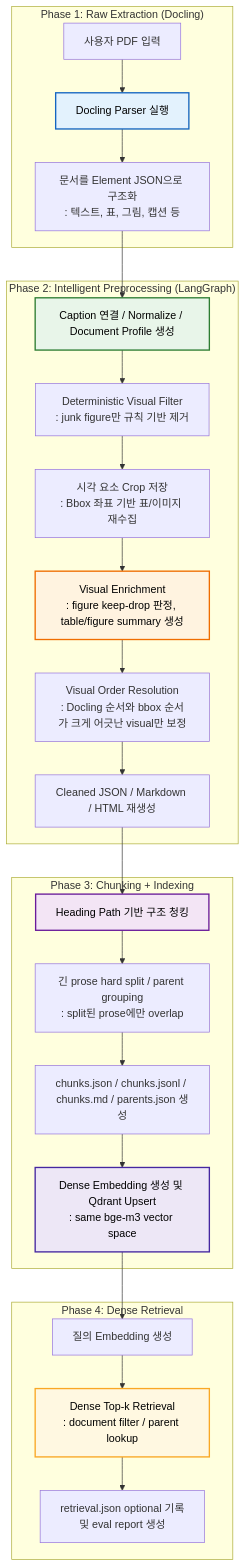
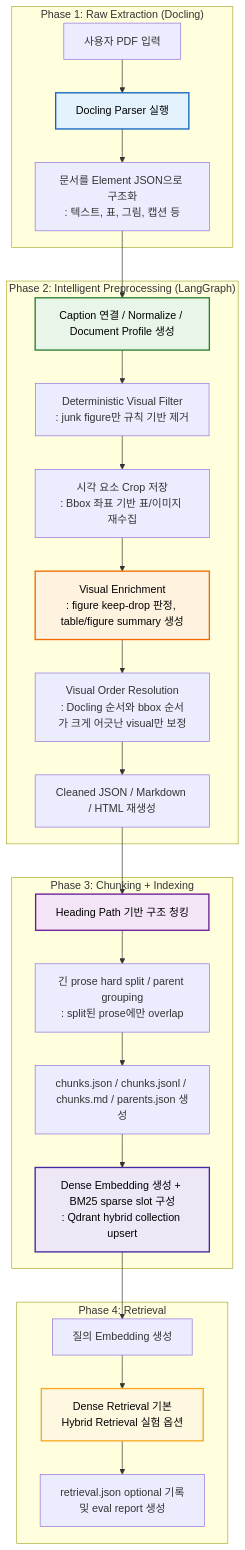
One commit to sonsukwoo/doc-chat-rag changed the diagram in README.md. Above: the diagram before and after it, drawn with Mermaid. The commit also changed other lines of this file and 13 other files, not shown here.

````diff
--- a/README.md
+++ b/README.md
@@ -54,36 +54,36 @@
 ```mermaid
 flowchart TD
     subgraph "Phase 1: Raw Extraction (Docling)"
         A[사용자 PDF 입력] --> B[Docling Parser 실행]
         B --> C[문서를 Element JSON으로 구조화\n: 텍스트, 표, 그림, 캡션 등]
     end
 
     subgraph "Phase 2: Intelligent Preprocessing (LangGraph)"
         C --> D[Caption 연결 / Normalize / Document Profile 생성]
         D --> E[Deterministic Visual Filter\n: junk figure만 규칙 기반 제거]
         E --> F[시각 요소 Crop 저장\n: Bbox 좌표 기반 표/이미지 재수집]
         F --> G[Visual Enrichment\n: figure keep-drop 판정, table/figure summary 생성]
         G --> H[Visual Order Resolution\n: Docling 순서와 bbox 순서가 크게 어긋난 visual만 보정]
         H --> I[Cleaned JSON / Markdown / HTML 재생성]
     end
 
     subgraph "Phase 3: Chunking + Indexing"
         I --> J[Heading Path 기반 구조 청킹]
         J --> K[긴 prose hard split / parent grouping\n: split된 prose에만 overlap]
         K --> L[chunks.json / chunks.jsonl / chunks.md / parents.json 생성]
-        L --> M[Dense Embedding 생성 및 Qdrant Upsert\n: same bge-m3 vector space]
+        L --> M[Dense Embedding 생성 + BM25 sparse slot 구성\n: Qdrant hybrid collection upsert]
     end
 
-    subgraph "Phase 4: Dense Retrieval"
+    subgraph "Phase 4: Retrieval"
         M --> N[질의 Embedding 생성]
-        N --> O[Dense Top-k Retrieval\n: document filter / parent lookup]
+        N --> O[Dense Retrieval 기본\nHybrid Retrieval 실험 옵션]
         O --> P[retrieval.json optional 기록\n및 eval report 생성]
     end
 
     style B fill:#e3f2fd,stroke:#1565c0,stroke-width:2px,color:#000
     style D fill:#e8f5e9,stroke:#2e7d32,stroke-width:2px,color:#000
     style G fill:#fff3e0,stroke:#ef6c00,stroke-width:2px,color:#000
     style J fill:#f3e5f5,stroke:#6a1b9a,stroke-width:2px,color:#000
     style M fill:#ede7f6,stroke:#4527a0,stroke-width:2px,color:#000
     style O fill:#fff8e1,stroke:#f9a825,stroke-width:2px,color:#000
 ```
````
